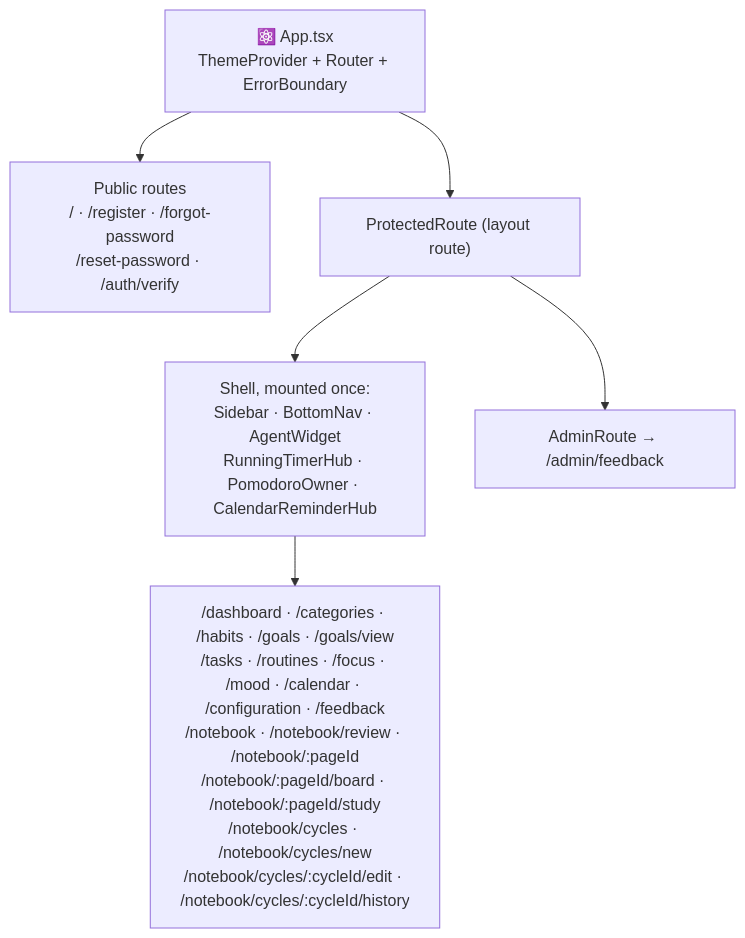
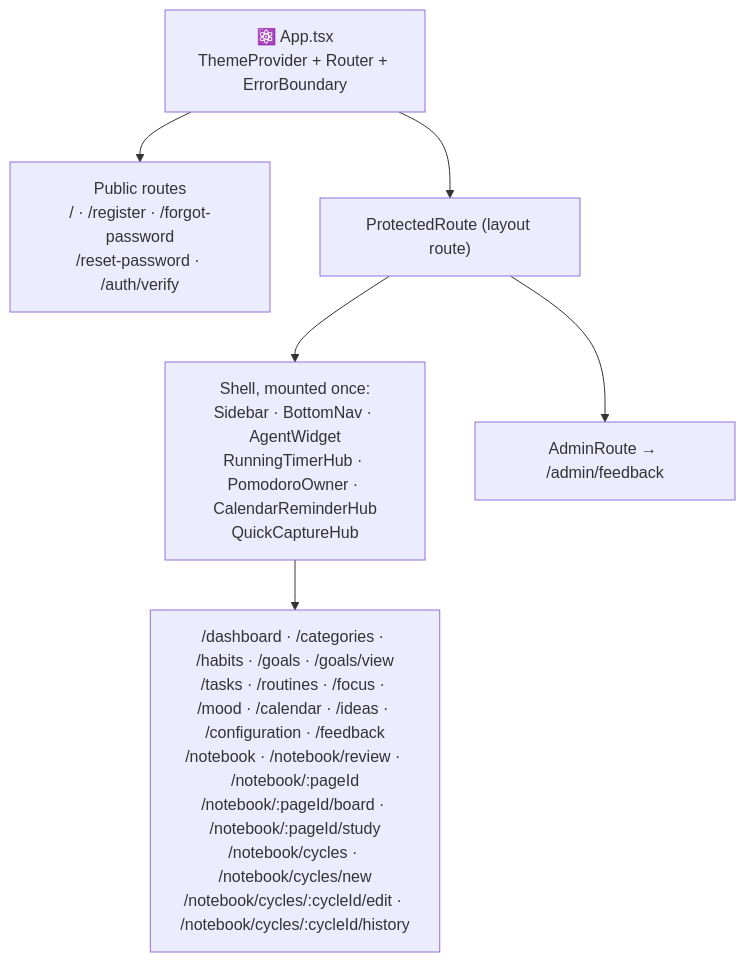
The diagram in architecture/ui-components/en.md (AndDev741/Beyou-arch-design), drawn with Mermaid before and after one commit. The commit also changed other lines of this file and 31 other files, not shown here.

````diff
--- a/architecture/ui-components/en.md
+++ b/architecture/ui-components/en.md
@@ -10,9 +10,9 @@
 ```mermaid
 flowchart TD
   APP["⚛️ App.tsx<br/>ThemeProvider + Router + ErrorBoundary"]
   APP --> PUB["Public routes<br/>/ · /register · /forgot-password<br/>/reset-password · /auth/verify"]
   APP --> PROT["ProtectedRoute (layout route)"]
-  PROT --> SHELL["Shell, mounted once:<br/>Sidebar · BottomNav · AgentWidget<br/>RunningTimerHub · PomodoroOwner · CalendarReminderHub"]
-  SHELL --> PAGES["/dashboard · /categories · /habits · /goals · /goals/view<br/>/tasks · /routines · /focus · /mood · /calendar · /configuration · /feedback<br/>/notebook · /notebook/review · /notebook/:pageId<br/>/notebook/:pageId/board · /notebook/:pageId/study<br/>/notebook/cycles · /notebook/cycles/new<br/>/notebook/cycles/:cycleId/edit · /notebook/cycles/:cycleId/history"]
+  PROT --> SHELL["Shell, mounted once:<br/>Sidebar · BottomNav · AgentWidget<br/>RunningTimerHub · PomodoroOwner · CalendarReminderHub<br/>QuickCaptureHub"]
+  SHELL --> PAGES["/dashboard · /categories · /habits · /goals · /goals/view<br/>/tasks · /routines · /focus · /mood · /calendar · /ideas · /configuration · /feedback<br/>/notebook · /notebook/review · /notebook/:pageId<br/>/notebook/:pageId/board · /notebook/:pageId/study<br/>/notebook/cycles · /notebook/cycles/new<br/>/notebook/cycles/:cycleId/edit · /notebook/cycles/:cycleId/history"]
   PROT --> ADMIN["AdminRoute → /admin/feedback"]
 ```
````
